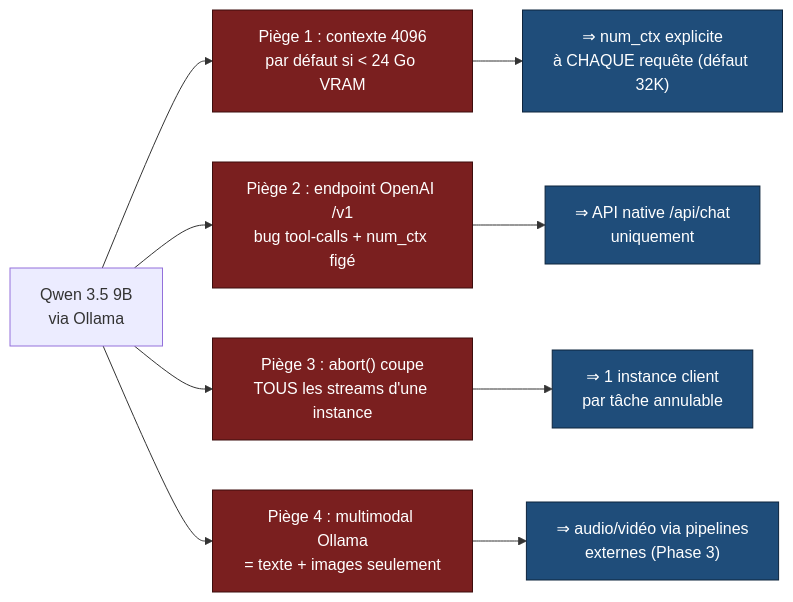
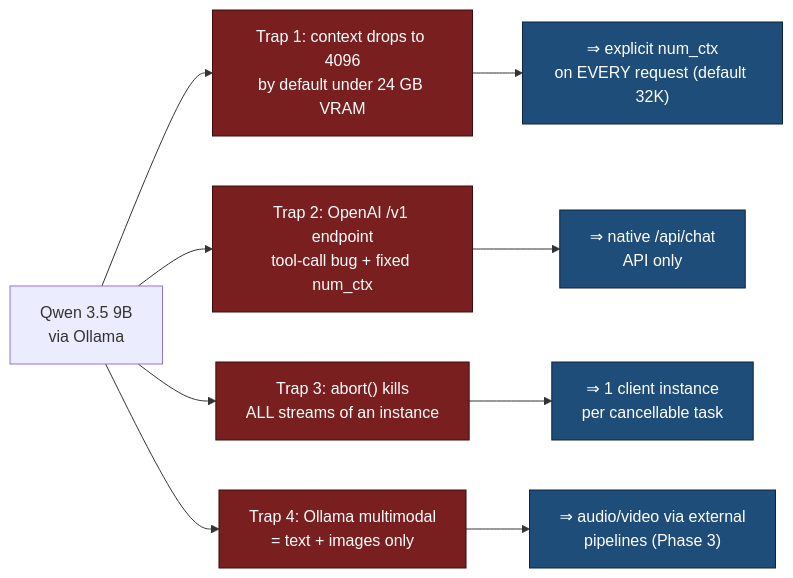
Before and after one commit to Tromset/Ollama-Code: the first of 10 diagrams in DOCUMENTATION.md, drawn with Mermaid. The commit also changed other lines of this file and 19 other files, not shown here.

First line of the commit message:
chore: rename qwen-harness to ollama-code; global command + install docs

````diff
--- a/DOCUMENTATION.md
+++ b/DOCUMENTATION.md
@@ -69,17 +69,17 @@
 ```mermaid
 flowchart LR
-    A["Qwen 3.5 9B<br/>via Ollama"] --> B["Piège 1 : contexte 4096<br/>par défaut si &lt; 24 Go VRAM"]
-    A --> C["Piège 2 : endpoint OpenAI /v1<br/>bug tool-calls + num_ctx figé"]
-    A --> D["Piège 3 : abort() coupe<br/>TOUS les streams d'une instance"]
-    A --> E["Piège 4 : multimodal Ollama<br/>= texte + images seulement"]
+    A["Qwen 3.5 9B<br/>via Ollama"] --> B["Trap 1: context drops to 4096<br/>by default under 24 GB VRAM"]
+    A --> C["Trap 2: OpenAI /v1 endpoint<br/>tool-call bug + fixed num_ctx"]
+    A --> D["Trap 3: abort() kills<br/>ALL streams of an instance"]
+    A --> E["Trap 4: Ollama multimodal<br/>= text + images only"]
 
-    B --> B2["⇒ num_ctx explicite<br/>à CHAQUE requête (défaut 32K)"]
-    C --> C2["⇒ API native /api/chat<br/>uniquement"]
-    D --> D2["⇒ 1 instance client<br/>par tâche annulable"]
-    E --> E2["⇒ audio/vidéo via pipelines<br/>externes (Phase 3)"]
+    B --> B2["⇒ explicit num_ctx<br/>on EVERY request (default 32K)"]
+    C --> C2["⇒ native /api/chat<br/>API only"]
+    D --> D2["⇒ 1 client instance<br/>per cancellable task"]
+    E --> E2["⇒ audio/video via external<br/>pipelines (Phase 3)"]
 
     classDef trap fill:#7a1f1f,color:#fff,stroke:#3d0d0d;
     classDef fix fill:#1f4d7a,color:#fff,stroke:#0d243d;
     class B,C,D,E trap;
     class B2,C2,D2,E2 fix;
 ```
````
